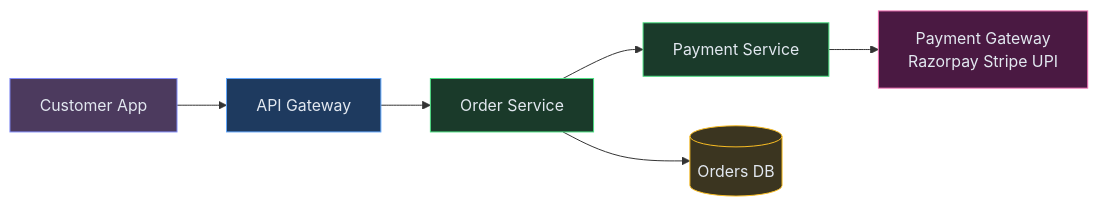
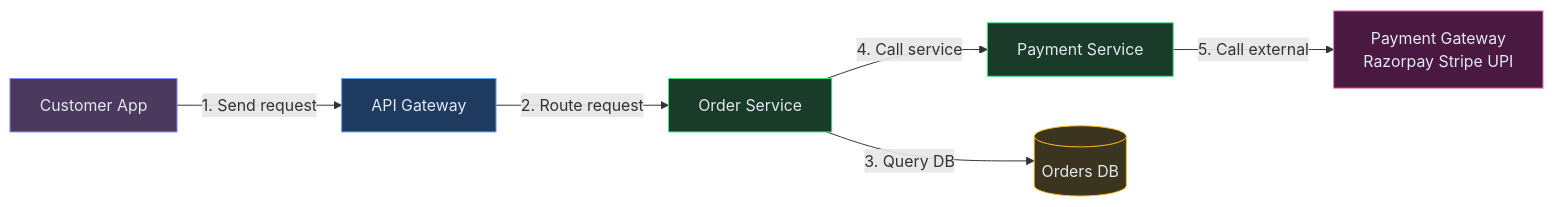
The third of 12 diagrams in content/hld/Zomato.md (iluzn/HLD-Designs), drawn with Mermaid before and after one commit. The commit also changed other lines of this file and 27 other files, not shown here.

````diff
--- a/content/hld/Zomato.md
+++ b/content/hld/Zomato.md
@@ -198,21 +198,21 @@
 ```mermaid
 flowchart LR
     CUST["Customer App"]:::client
     GW["API Gateway"]:::edge
     ORDER["Order Service"]:::service
     PAY["Payment Service"]:::service
     DB[("Orders DB")]:::data
     PG["Payment Gateway<br/>Razorpay Stripe UPI"]:::external
 
-    CUST --> GW
-    GW --> ORDER
-    ORDER --> DB
-    ORDER --> PAY
-    PAY --> PG
+    CUST -->|"1. Send request"| GW
+    GW -->|"2. Route request"| ORDER
+    ORDER -->|"3. Query DB"| DB
+    ORDER -->|"4. Call service"| PAY
+    PAY -->|"5. Call external"| PG
 
     classDef client fill:#4c3a5e,stroke:#818cf8,color:#e2e8f0
     classDef edge fill:#1e3a5f,stroke:#60a5fa,color:#e2e8f0
     classDef service fill:#1a3a2a,stroke:#4ade80,color:#e2e8f0
     classDef data fill:#3b3520,stroke:#fbbf24,color:#e2e8f0
     classDef external fill:#4a1942,stroke:#f472b6,color:#e2e8f0
 ```
````
